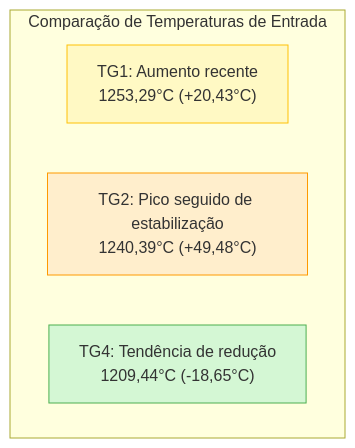
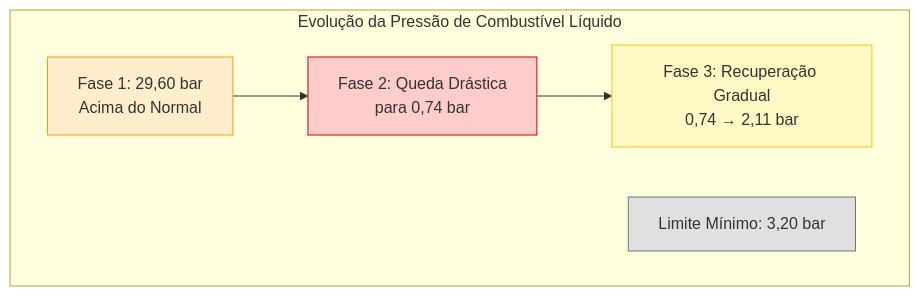
The seventh of 11 diagrams in Frade_TG2_Analysis.md (wonder-dmercadal/PublicReports), drawn with Mermaid before and after one commit. The commit also changed other lines of this file, not shown here.

````diff
--- a/Frade_TG2_Analysis.md
+++ b/Frade_TG2_Analysis.md
@@ -296,16 +239,18 @@
 ```mermaid
 graph TD
-    subgraph "Comparação de Temperaturas de Entrada"
-    A["TG1: Aumento recente<br>1253,29°C (+20,43°C)"] 
-    B["TG2: Pico seguido de estabilização<br>1240,39°C (+49,48°C)"]
-    C["TG4: Tendência de redução<br>1209,44°C (-18,65°C)"]
+    subgraph "Evolução da Pressão de Combustível Líquido"
+    A[Fase 1: 29,60 bar<br>Acima do Normal] --> B[Fase 2: Queda Drástica<br>para 0,74 bar]
+    B --> C[Fase 3: Recuperação Gradual<br>0,74 → 2,11 bar]
+    D[Limite Mínimo: 3,20 bar]
     end
     
-    classDef warning fill:#fff9c4,stroke:#FFC107
-    classDef attention fill:#ffeecc,stroke:#ff9900
-    classDef good fill:#d4f7d4,stroke:#4CAF50
+    classDef high fill:#ffeecc,stroke:#ff9900
+    classDef low fill:#ffcccc,stroke:#cc0000
+    classDef recover fill:#fff9c4,stroke:#FFC107
+    classDef limit fill:#e0e0e0,stroke:#757575
     
-    class A warning
-    class B attention
-    class C good
+    class A high
+    class B low
+    class C recover
+    class D limit
 ```
````
